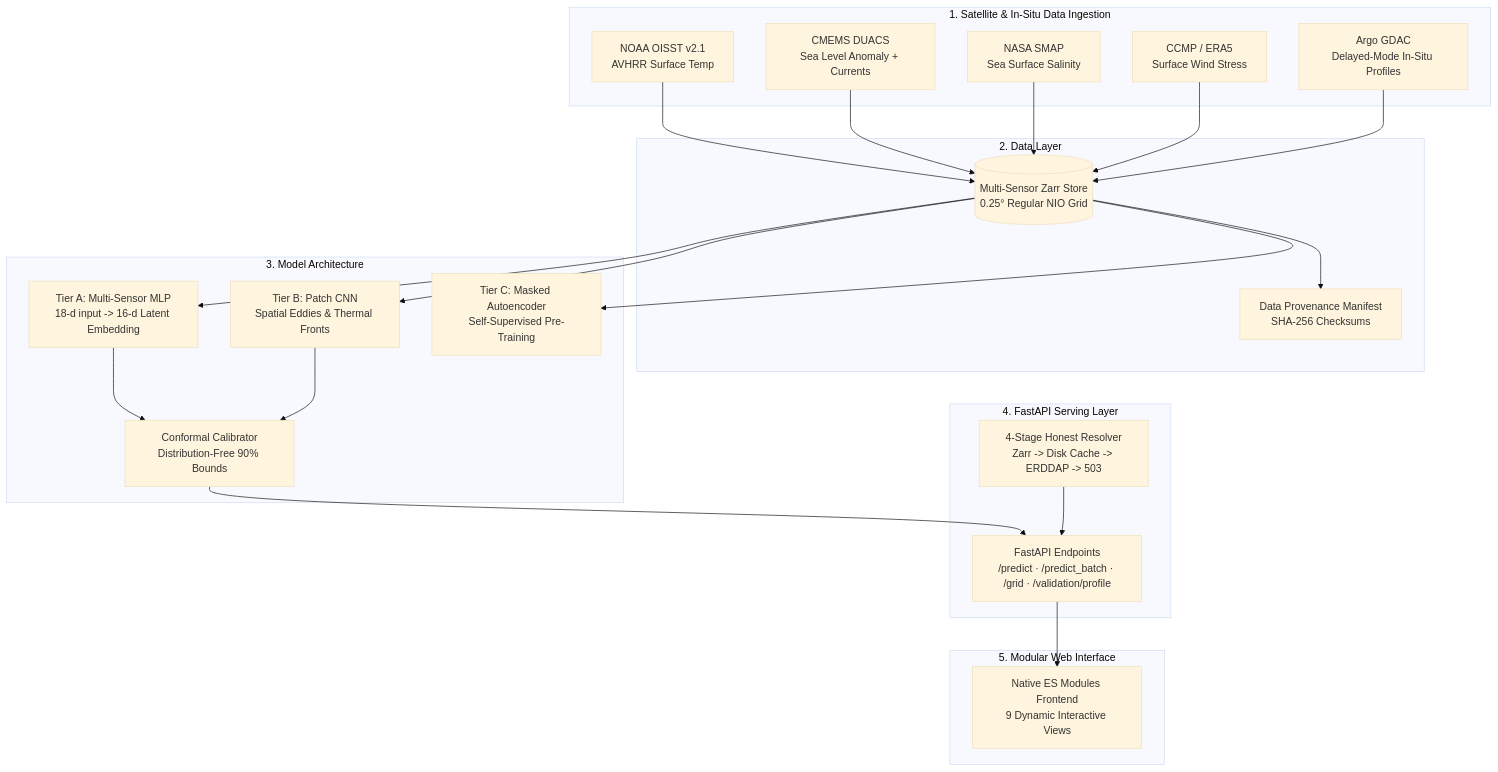
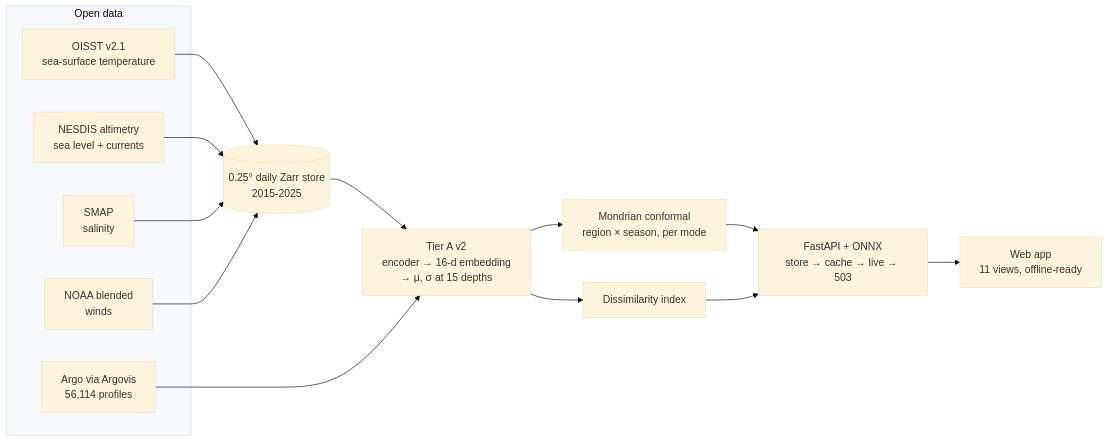
The diagram in README.md (FarhanAaqil/AquaSphere), drawn with Mermaid (base theme) before and after one commit. The commit also changed other lines of this file and 10 other files, not shown here.

First line of the commit message:
Add the MIT license and a README built around the live app

````diff
--- a/README.md
+++ b/README.md
@@ -99,40 +137,22 @@
 ```mermaid
-flowchart TD
-    subgraph Multi_Sensor_Ingestion[1. Satellite & In-Situ Data Ingestion]
-        A[NOAA OISST v2.1\nAVHRR Surface Temp]
-        B[CMEMS DUACS\nSea Level Anomaly + Currents]
-        C[NASA SMAP\nSea Surface Salinity]
-        D[CCMP / ERA5\nSurface Wind Stress]
-        ARGO[Argo GDAC\nDelayed-Mode In-Situ Profiles]
+flowchart LR
+    subgraph Inputs[Open data]
+        SST[OISST v2.1<br/>sea-surface temperature]
+        SSH[NESDIS altimetry<br/>sea level + currents]
+        SSS[SMAP<br/>salinity]
+        WND[NOAA blended<br/>winds]
+        ARGO[Argo via Argovis<br/>56,114 profiles]
     end
-
-    subgraph Storage[2. Data Layer]
-        ZARR[(Multi-Sensor Zarr Store\n0.25° Regular NIO Grid)]
-        MAN[Data Provenance Manifest\nSHA-256 Checksums]
-    end
-
-    subgraph Model_Hierarchy[3. Model Architecture]
-        TA[Tier A: Multi-Sensor MLP\n18-d input -> 16-d Latent Embedding]
-        TB[Tier B: Patch CNN\nSpatial Eddies & Thermal Fronts]
-        TC[Tier C: Masked Autoencoder\nSelf-Supervised Pre-Training]
-        CAL[Conformal Calibrator\nDistribution-Free 90% Bounds]
-    end
-
-    subgraph Serving[4. FastAPI Serving Layer]
-        RES[4-Stage Honest Resolver\nZarr -> Disk Cache -> ERDDAP -> 503]
-        API[FastAPI Endpoints\n/predict · /predict_batch · /grid · /validation/profile]
-    end
-
-    subgraph Frontend[5. Modular Web Interface]
-        UI[Native ES Modules Frontend\n9 Dynamic Interactive Views]
-    end
-
-    A & B & C & D --> ZARR
-    ARGO --> ZARR
-    ZARR --> MAN
-    ZARR --> TA & TB & TC
-    TA & TB --> CAL
-    CAL --> API
-    RES --> API
+    STORE[(0.25° daily Zarr store<br/>2015-2025)]
+    MODEL[Tier A v2<br/>encoder → 16-d embedding<br/>→ μ, σ at 15 depths]
+    CAL[Mondrian conformal<br/>region × season, per mode]
+    DI[Dissimilarity index]
+    API[FastAPI + ONNX<br/>store → cache → live → 503]
+    UI[Web app<br/>11 views, offline-ready]
+    SST & SSH & SSS & WND --> STORE
+    STORE --> MODEL
+    ARGO --> MODEL
+    MODEL --> CAL --> API
+    MODEL --> DI --> API
     API --> UI
 ```
````
